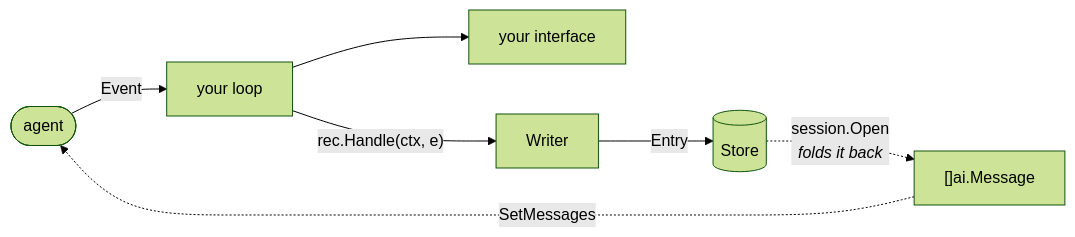
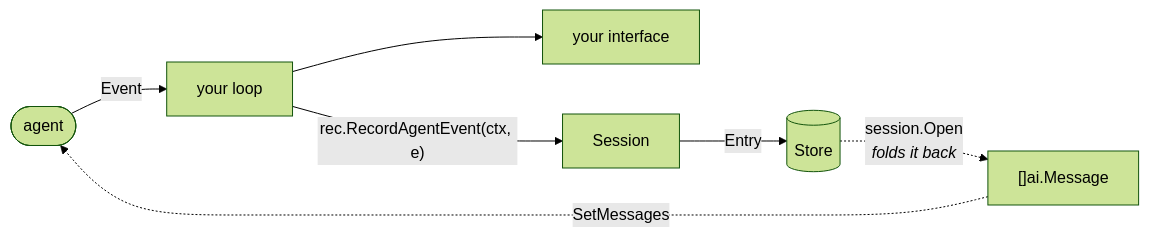
Before and after one commit to genai-io/sdk-go: the third of 3 diagrams in README.md, drawn with Mermaid (forest theme). The commit also changed other lines of this file and 13 other files, not shown here.

````diff
--- a/README.md
+++ b/README.md
@@ -488,9 +488,9 @@
 ```mermaid
 flowchart LR
     agent(["agent"]) -->|"Event"| loop["your loop"]
     loop --> ui["your interface"]
-    loop -->|"rec.Handle(ctx, e)"| rec["Writer"]
+    loop -->|"rec.RecordAgentEvent(ctx, e)"| rec["Session"]
     rec -->|"Entry"| store[("Store")]
     store -.->|"session.Open<br/><i>folds it back</i>"| hist["[]ai.Message"]
     hist -.->|"SetMessages"| agent
 ```
````
